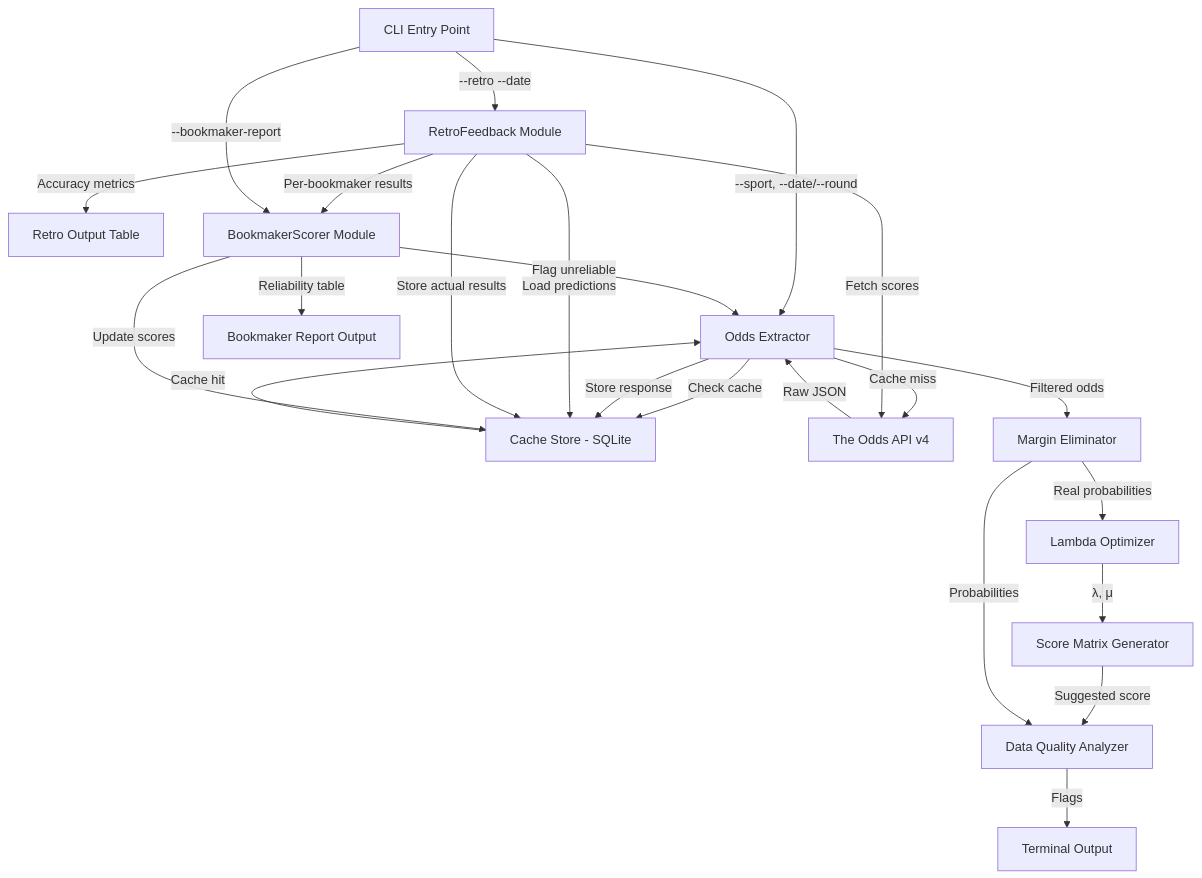
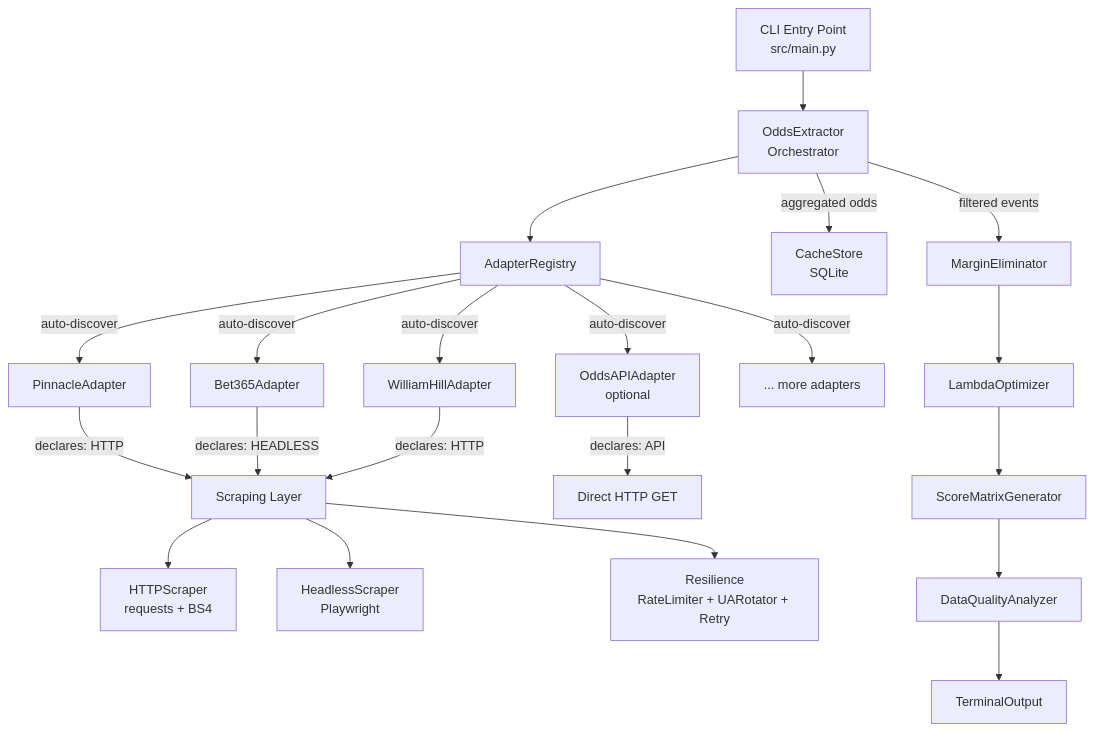
One commit to NSnietol/betting-house-world changed the first of 2 diagrams in .kiro/specs/betting-odds-calculator/design.md. Above: the diagram before and after it, drawn with Mermaid. The commit also changed other lines of this file and 2 other files, not shown here.

First line of the commit message:
docs: rewrite spec for pluggable adapter architecture (multi-source scraping)

````diff
--- a/.kiro/specs/betting-odds-calculator/design.md
+++ b/.kiro/specs/betting-odds-calculator/design.md
@@ -18,29 +19,27 @@
 ```mermaid
-flowchart TD
-    CLI[CLI Entry Point] --> |"--sport, --date/--round"| OE[Odds Extractor]
-    OE --> |Check cache| CS[Cache Store - SQLite]
-    CS --> |Cache hit| OE
-    OE --> |Cache miss| API[The Odds API v4]
-    API --> |Raw JSON| OE
-    OE --> |Store response| CS
-    OE --> |Filtered odds| ME[Margin Eliminator]
-    ME --> |Real probabilities| LO[Lambda Optimizer]
-    LO --> |λ, μ| SMG[Score Matrix Generator]
-    SMG --> |Suggested score| DQ[Data Quality Analyzer]
-    DQ --> |Flags| OUT[Terminal Output]
-    ME --> |Probabilities| DQ
-
-    %% Retro-Feedback Loop
-    CLI --> |"--retro --date"| RF[RetroFeedback Module]
-    RF --> |Fetch scores| API
-    RF --> |Load predictions| CS
-    RF --> |Store actual results| CS
-    RF --> |Accuracy metrics| RFOUT[Retro Output Table]
-
-    %% Bookmaker Reliability
-    RF --> |Per-bookmaker results| BS[BookmakerScorer Module]
-    BS --> |Update scores| CS
-    BS --> |Flag unreliable| OE
-    CLI --> |"--bookmaker-report"| BS
-    BS --> |Reliability table| BSOUT[Bookmaker Report Output]
+graph TD
+    CLI[CLI Entry Point<br/>src/main.py] --> OE[OddsExtractor<br/>Orchestrator]
+    
+    OE --> AR[AdapterRegistry]
+    AR --> |auto-discover| PA[PinnacleAdapter]
+    AR --> |auto-discover| BA[Bet365Adapter]
+    AR --> |auto-discover| WHA[WilliamHillAdapter]
+    AR --> |auto-discover| OA[OddsAPIAdapter<br/>optional]
+    AR --> |auto-discover| MORE[... more adapters]
+    
+    PA --> |declares: HTTP| SC[Scraping Layer]
+    BA --> |declares: HEADLESS| SC
+    WHA --> |declares: HTTP| SC
+    OA --> |declares: API| DIRECT[Direct HTTP GET]
+    
+    SC --> HTTP[HTTPScraper<br/>requests + BS4]
+    SC --> HL[HeadlessScraper<br/>Playwright]
+    SC --> RES[Resilience<br/>RateLimiter + UARotator + Retry]
+    
+    OE --> |aggregated odds| CS[CacheStore<br/>SQLite]
+    OE --> |filtered events| ME[MarginEliminator]
+    ME --> LO[LambdaOptimizer]
+    LO --> SMG[ScoreMatrixGenerator]
+    SMG --> DQ[DataQualityAnalyzer]
+    DQ --> OUT[TerminalOutput]
 ```
````
